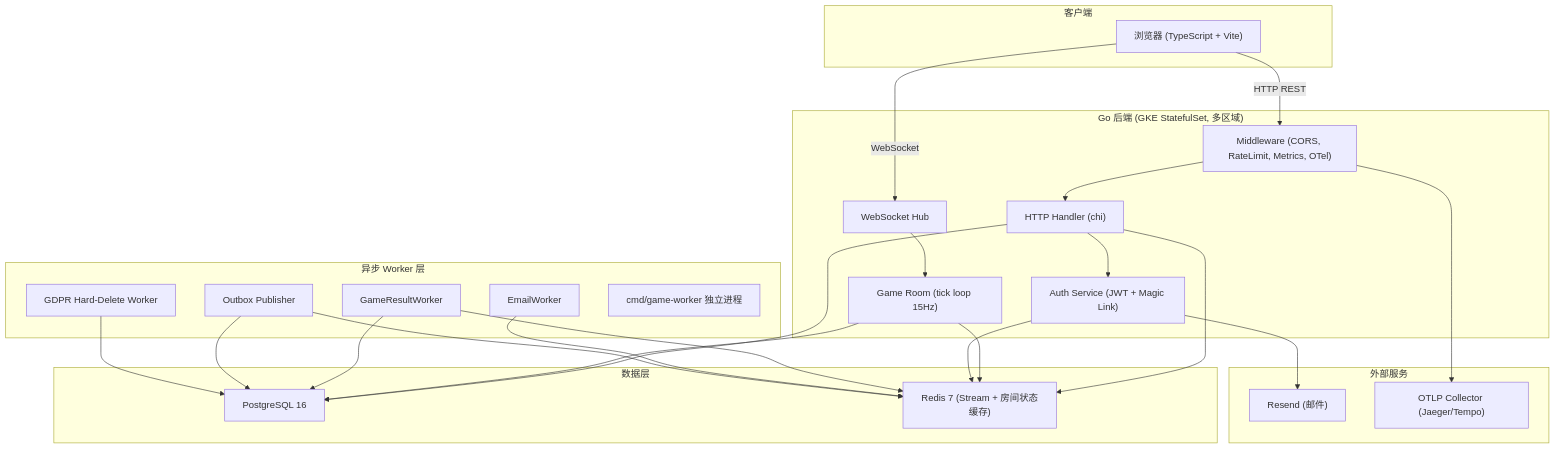
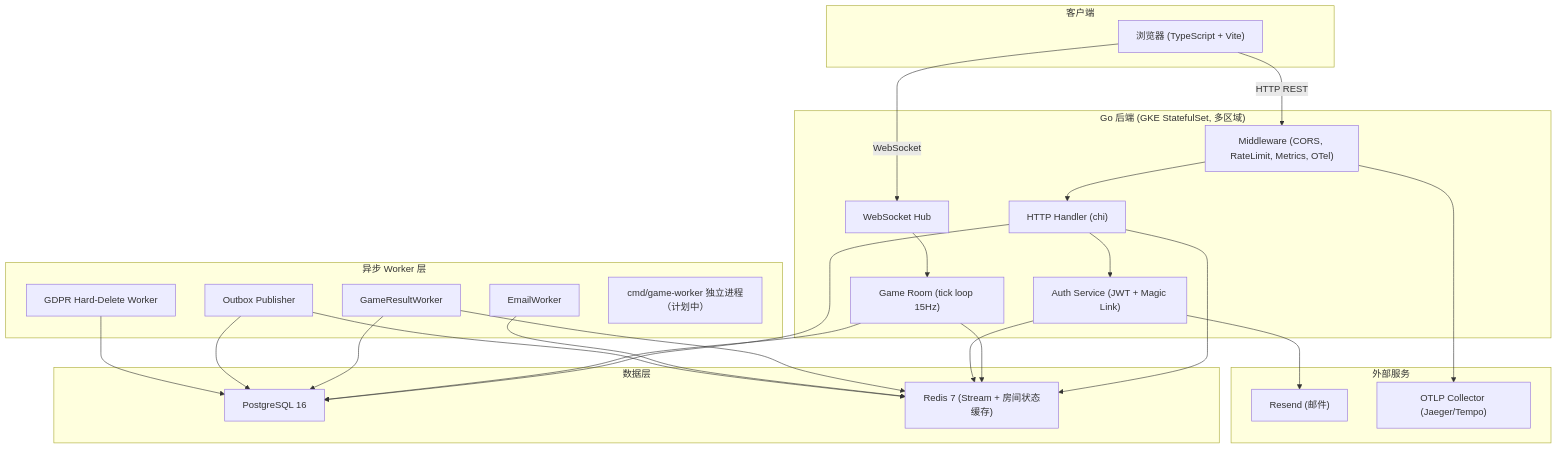
One commit to FCFColin/uppy-clone changed the first of 2 diagrams in docs/architecture/architecture.md. Above: the diagram before and after it, drawn with Mermaid. The commit also changed other lines of this file and 39 other files, not shown here.

````diff
--- a/docs/architecture/architecture.md
+++ b/docs/architecture/architecture.md
@@ -56,51 +58,51 @@
 ```mermaid
 graph TB
     subgraph Client["客户端"]
         Browser["浏览器 (TypeScript + Vite)"]
     end
 
     subgraph Server["Go 后端 (GKE StatefulSet, 多区域)"]
         HTTP["HTTP Handler (chi)"]
         WS["WebSocket Hub"]
         Room["Game Room (tick loop 15Hz)"]
         Auth["Auth Service (JWT + Magic Link)"]
         MW["Middleware (CORS, RateLimit, Metrics, OTel)"]
     end
 
     subgraph Workers["异步 Worker 层"]
         GRW["GameResultWorker"]
         EW["EmailWorker"]
         OB["Outbox Publisher"]
         GDPR["GDPR Hard-Delete Worker"]
-        GW["cmd/game-worker 独立进程"]
+        GW["cmd/game-worker 独立进程（计划中）"]
     end
 
     subgraph Data["数据层"]
         PG["PostgreSQL 16"]
         Redis["Redis 7 (Stream + 房间状态缓存)"]
     end
 
     subgraph External["外部服务"]
         Resend["Resend (邮件)"]
         OTel["OTLP Collector (Jaeger/Tempo)"]
     end
 
     Browser -->|HTTP REST| MW
     MW --> HTTP
     Browser -->|WebSocket| WS
     WS --> Room
     HTTP --> Auth
     HTTP --> PG
     HTTP --> Redis
     Room --> PG
     Room --> Redis
     Auth --> Resend
     Auth --> Redis
     GRW --> Redis
     GRW --> PG
     EW --> Redis
     OB --> PG
     OB --> Redis
     GDPR --> PG
     MW --> OTel
 ```
````
